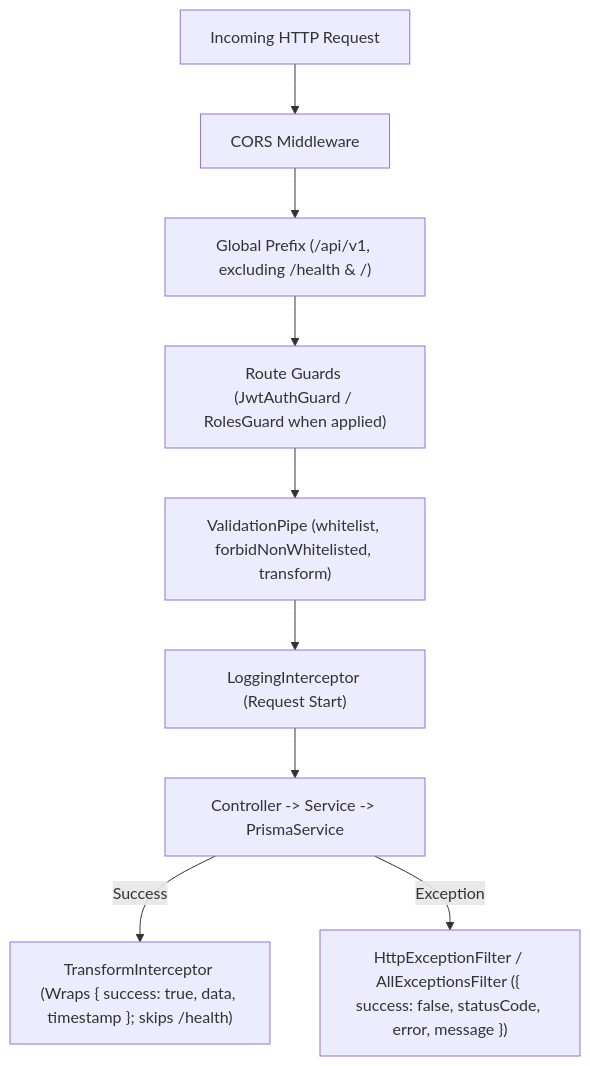
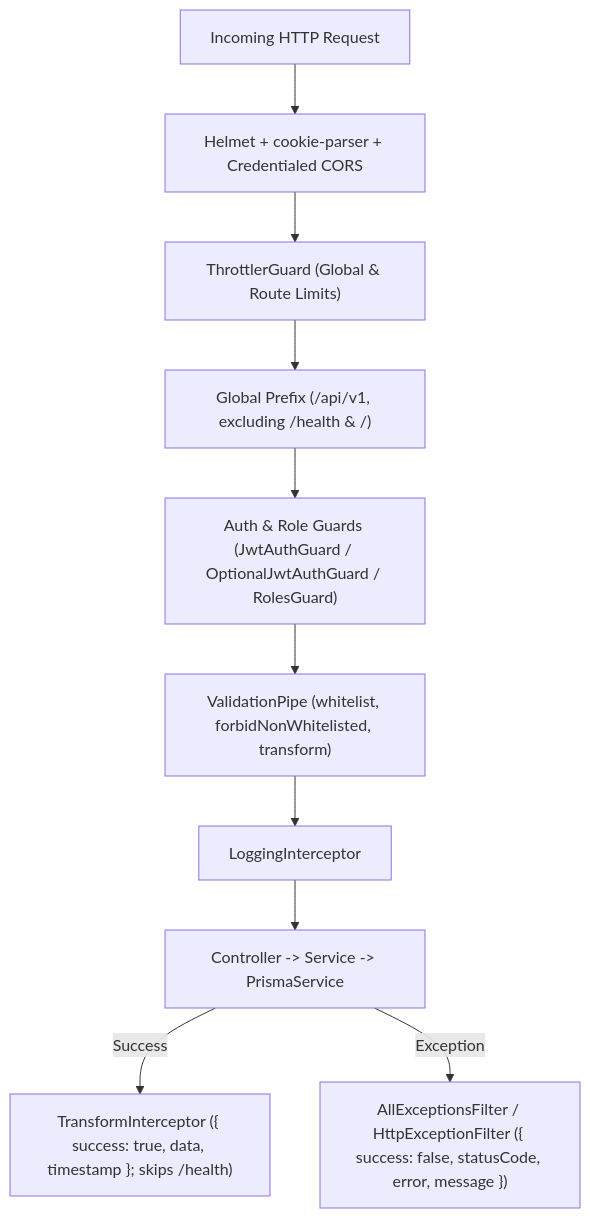
Before and after one commit to E-Ticket-Team/E-Ticket: the third of 6 diagrams in docs/architecture.md, drawn with Mermaid. The commit also changed other lines of this file and 7 other files, not shown here.

````diff
--- a/docs/architecture.md
+++ b/docs/architecture.md
@@ -225,11 +226,12 @@
 ```mermaid
 flowchart TD
-    Req["Incoming HTTP Request"] --> Cors["CORS Middleware"]
-    Cors --> Prefix["Global Prefix (/api/v1, excluding /health & /)"]
-    Prefix --> Guard["Route Guards (JwtAuthGuard / RolesGuard when applied)"]
+    Req["Incoming HTTP Request"] --> Sec["Helmet + cookie-parser + Credentialed CORS"]
+    Sec --> Throttle["ThrottlerGuard (Global & Route Limits)"]
+    Throttle --> Prefix["Global Prefix (/api/v1, excluding /health & /)"]
+    Prefix --> Guard["Auth & Role Guards (JwtAuthGuard / OptionalJwtAuthGuard / RolesGuard)"]
     Guard --> Pipe["ValidationPipe (whitelist, forbidNonWhitelisted, transform)"]
-    Pipe --> LogIn["LoggingInterceptor (Request Start)"]
+    Pipe --> LogIn["LoggingInterceptor"]
     LogIn --> Ctrl["Controller -> Service -> PrismaService"]
-    Ctrl -->|"Success"| Transform["TransformInterceptor (Wraps { success: true, data, timestamp }; skips /health)"]
-    Ctrl -->|"Exception"| Filters["HttpExceptionFilter / AllExceptionsFilter ({ success: false, statusCode, error, message })"]
+    Ctrl -->|"Success"| Transform["TransformInterceptor ({ success: true, data, timestamp }; skips /health)"]
+    Ctrl -->|"Exception"| Filters["AllExceptionsFilter / HttpExceptionFilter ({ success: false, statusCode, error, message })"]
 ```
````
